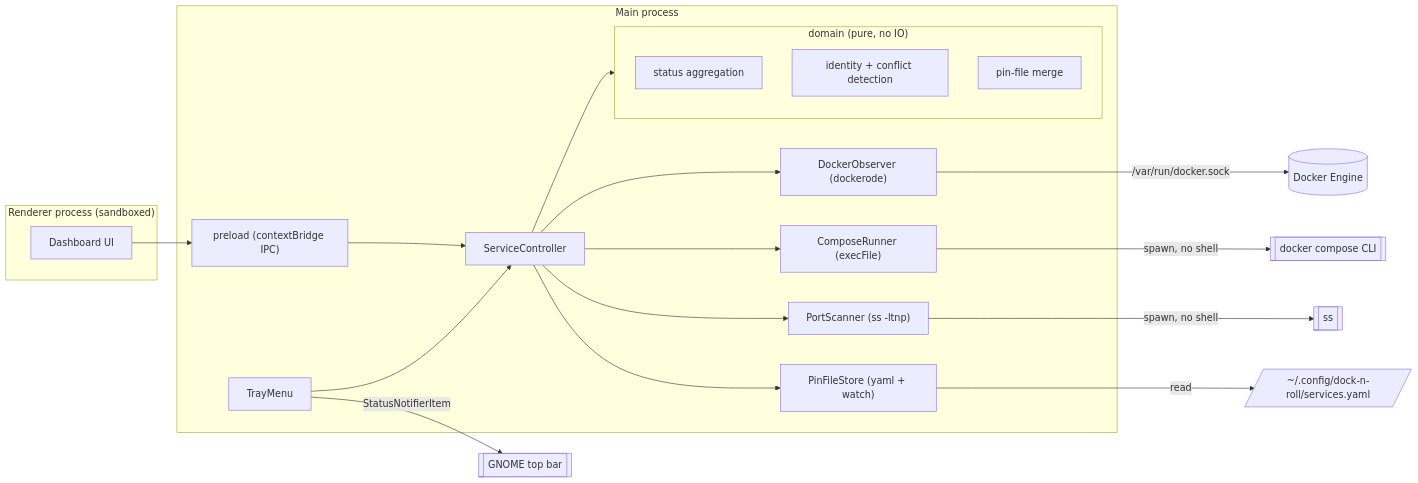
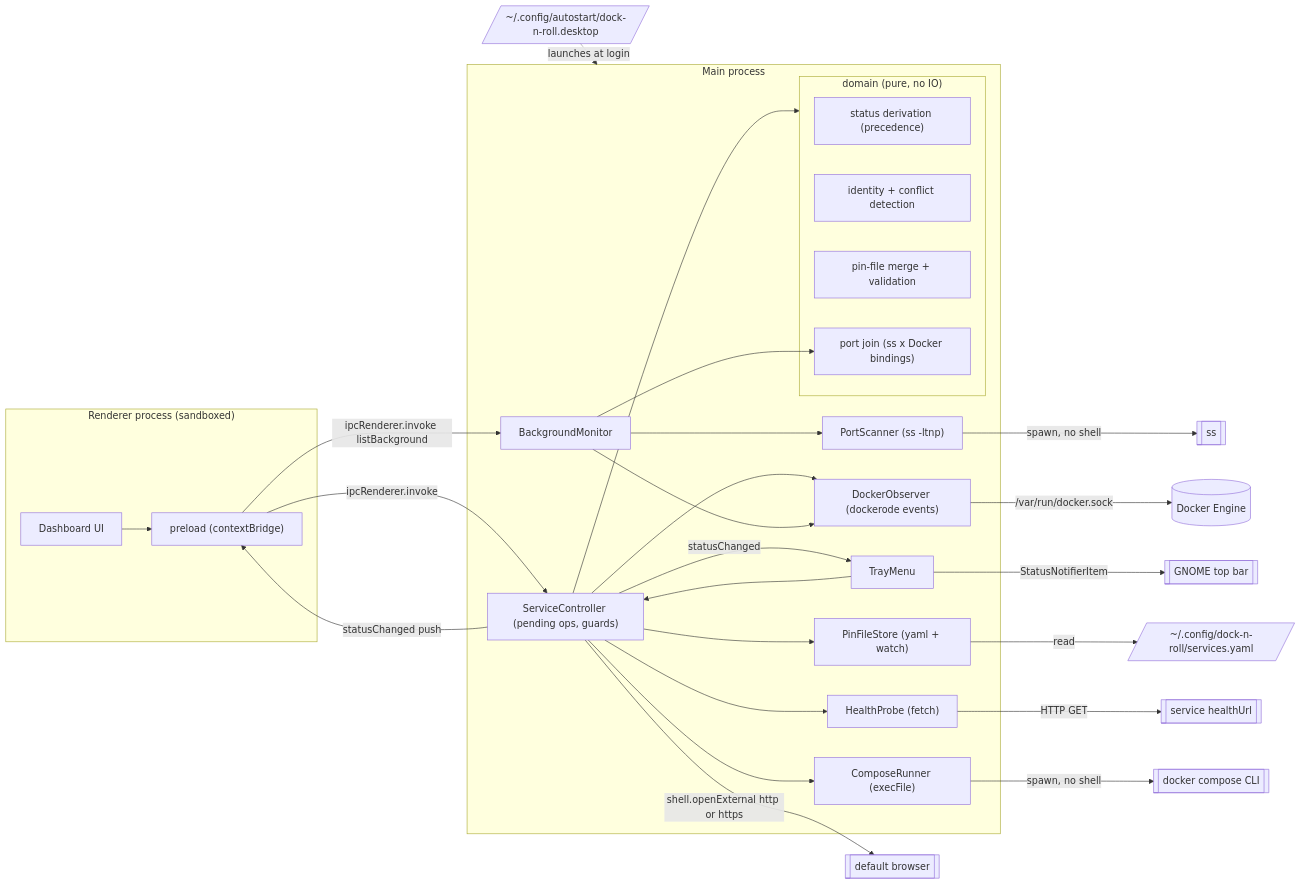
Before and after one commit to benoit-bremaud/dock-n-roll: the diagram in docs/architecture/diagrams/launcher/03-component.md, drawn with Mermaid. The commit also changed other lines of this file and 7 other files, not shown here.

First line of the commit message:
docs(architecture): address pre-push review of V1 conception

````diff
--- a/docs/architecture/diagrams/launcher/03-component.md
+++ b/docs/architecture/diagrams/launcher/03-component.md
@@ -14,33 +14,45 @@
 ```mermaid
 flowchart LR
   subgraph Renderer ["Renderer process (sandboxed)"]
     Dashboard["Dashboard UI"]
+    Preload["preload (contextBridge)"]
+    Dashboard --> Preload
   end
   subgraph Main ["Main process"]
-    Preload["preload (contextBridge IPC)"]
     Tray["TrayMenu"]
-    SC["ServiceController"]
+    SC["ServiceController (pending ops, guards)"]
+    BM["BackgroundMonitor"]
     subgraph Domain ["domain (pure, no IO)"]
-      Agg["status aggregation"]
+      Derive["status derivation (precedence)"]
       Ident["identity + conflict detection"]
-      Merge["pin-file merge"]
+      Merge["pin-file merge + validation"]
+      Join["port join (ss x Docker bindings)"]
     end
-    DO["DockerObserver (dockerode)"]
+    DO["DockerObserver (dockerode events)"]
     CR["ComposeRunner (execFile)"]
+    HP["HealthProbe (fetch)"]
     PS["PortScanner (ss -ltnp)"]
     PF["PinFileStore (yaml + watch)"]
   end
-  Dashboard --> Preload
-  Preload --> SC
+  Preload -->|"ipcRenderer.invoke"| SC
+  Preload -->|"ipcRenderer.invoke listBackground"| BM
+  SC -->|"statusChanged push"| Preload
+  SC -->|"statusChanged"| Tray
   Tray --> SC
   SC --> Domain
+  BM --> Join
   SC --> DO
   SC --> CR
-  SC --> PS
+  SC --> HP
   SC --> PF
+  BM --> PS
+  BM --> DO
   DO -->|"/var/run/docker.sock"| Docker[("Docker Engine")]
   CR -->|"spawn, no shell"| CLI[["docker compose CLI"]]
   PS -->|"spawn, no shell"| SS[["ss"]]
+  HP -->|"HTTP GET"| Local[["service healthUrl"]]
   PF -->|"read"| YAML[/"~/.config/dock-n-roll/services.yaml"/]
+  SC -->|"shell.openExternal http or https"| Browser[["default browser"]]
   Tray -->|"StatusNotifierItem"| GNOME[["GNOME top bar"]]
+  Autostart[/"~/.config/autostart/dock-n-roll.desktop"/] -.->|"launches at login"| Main
 ```
````
